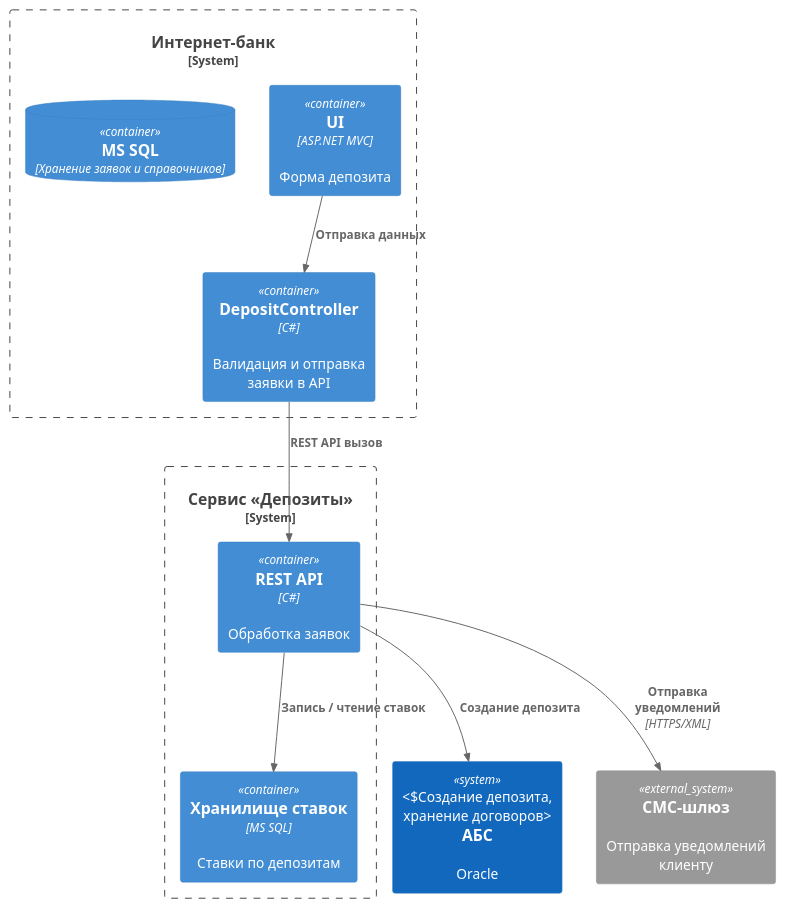
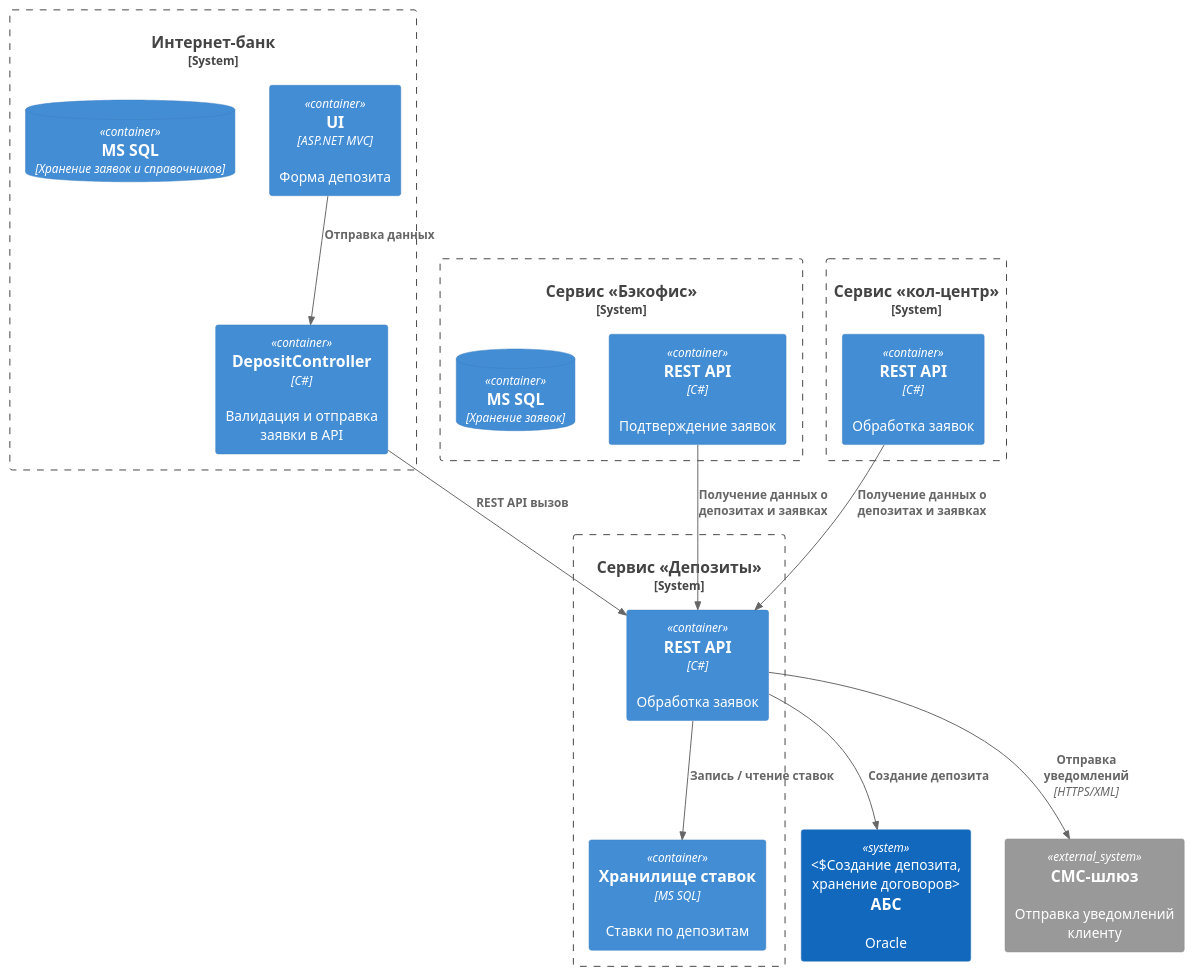
One commit to trixartem/architecture-standart changed the diagram in task3/сontainer.puml. Above: the diagram before and after it, drawn with PlantUML. The commit also changed 2 other files, not shown here.

```diff
--- a/task3/сontainer.puml
+++ b/task3/сontainer.puml
@@ -1,24 +1,37 @@
 @startuml C4_Container
 !includeurl https://raw.githubusercontent.com/plantuml-stdlib/C4-PlantUML/master/C4_Container.puml
 
 System_Boundary(onlineBank, "Интернет-банк") {
   Container(ui, "UI", "ASP.NET MVC", "Форма депозита")
   Container(controller, "DepositController", "C#", "Валидация и отправка заявки в API")
   ContainerDb(bankDb, "MS SQL", "Хранение заявок и справочников")
 }
 
 System_Boundary(depositServiceSys, "Сервис «Депозиты»") {
   Container(depositAPI, "REST API", "C#", "Обработка заявок")
   Container(stakeStorage, "Хранилище ставок", "MS SQL", "Ставки по депозитам")
 }
 
+System_Boundary(backoffice, "Сервис «Бэкофис»") {
+    Container(backofficeAPI, "REST API", "C#", "Подтверждение заявок")
+    ContainerDb(backofficeDb, "MS SQL", "Хранение заявок")
+}
+
+System_Boundary(callCenter, "Сервис «кол-центр»") {
+Container(callCenterAPI, "REST API", "C#", "Обработка заявок")
+}
+
+
 System(coreBanking, "АБС", "Oracle", "Создание депозита, хранение договоров")
 System_Ext(smsGateway, "СМС-шлюз", "Отправка уведомлений клиенту")
 
 Rel(ui, controller, "Отправка данных")
 Rel(controller, depositAPI, "REST API вызов")
 Rel(depositAPI, stakeStorage, "Запись / чтение ставок")
 Rel(depositAPI, coreBanking, "Создание депозита")
 Rel(depositAPI, smsGateway, "Отправка уведомлений", "HTTPS/XML")
 
+Rel(callCenterAPI, depositAPI, "Получение данных о депозитах и заявках")
+Rel(backofficeAPI, depositAPI, "Получение данных о депозитах и заявках")
+
 @enduml
```
